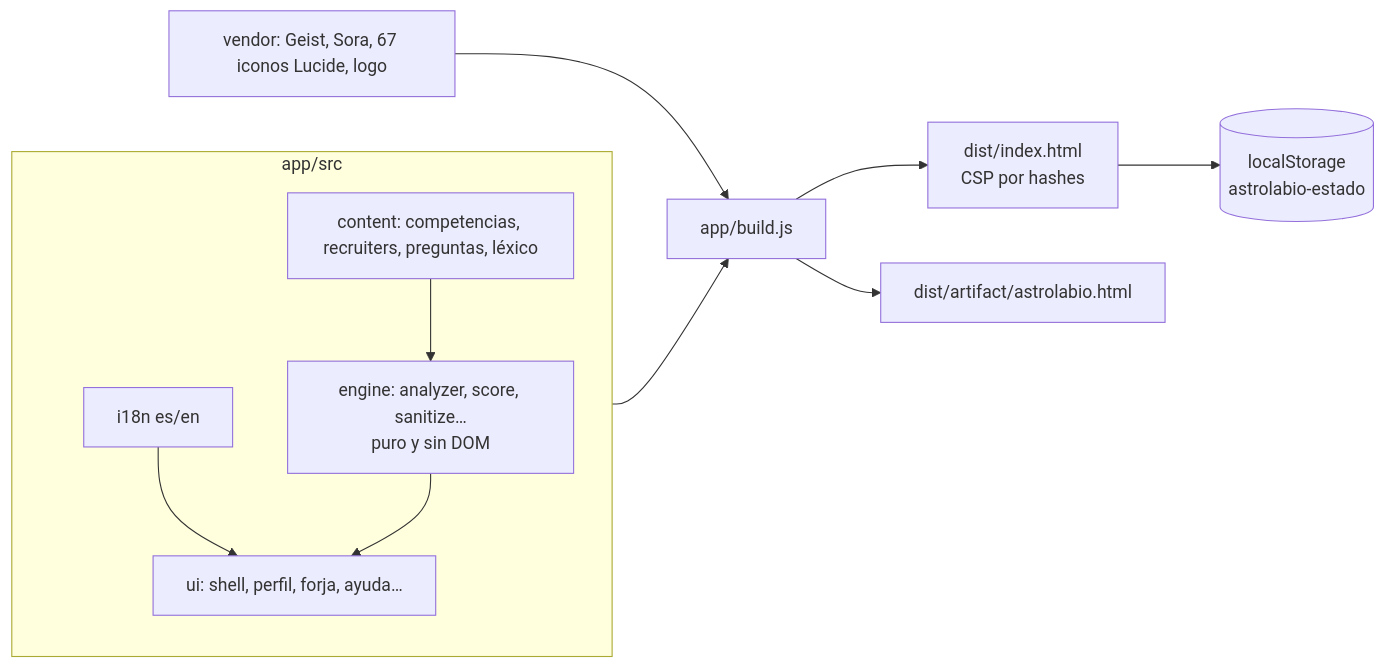
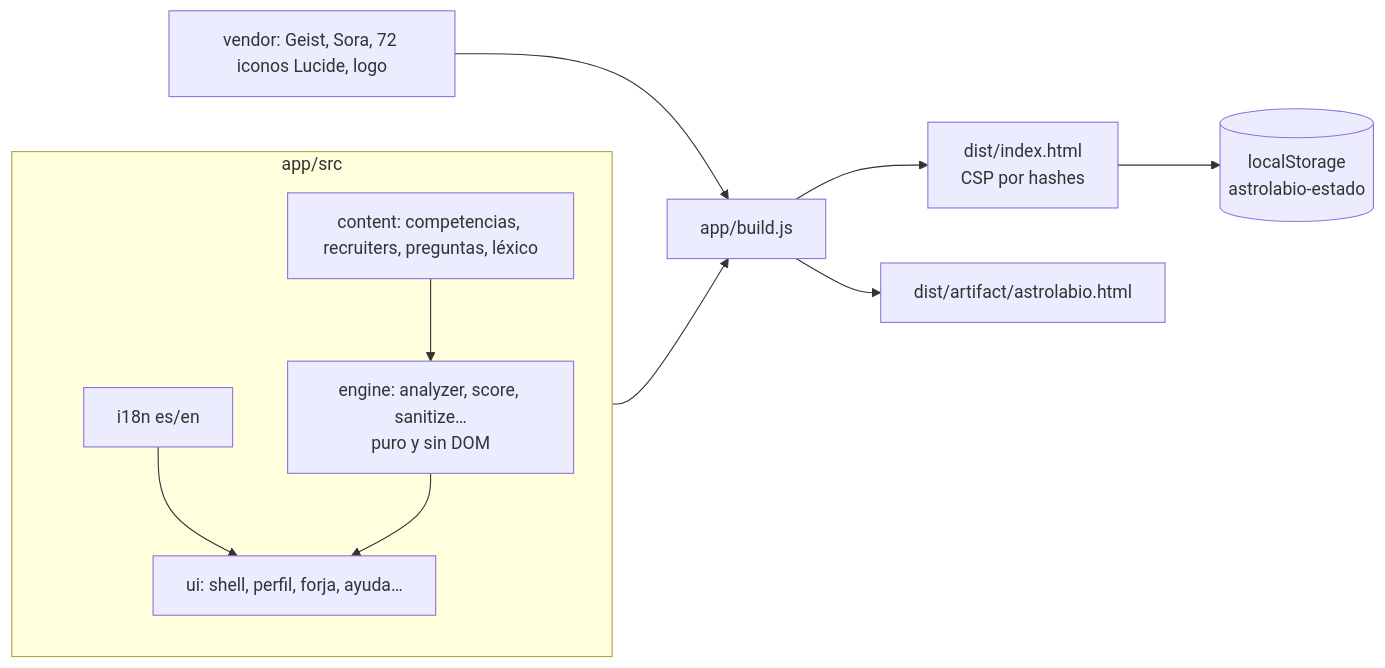
The fourth of 4 diagrams in README.md (heindall92/astrolabio), drawn with Mermaid before and after one commit. The commit also changed other lines of this file and 33 other files, not shown here.

````diff
--- a/README.md
+++ b/README.md
@@ -148,13 +149,13 @@
 ```mermaid
 flowchart LR
   subgraph src[app/src]
     I18N[i18n es/en] --> UI
     CONT[content: competencias, recruiters, preguntas, léxico] --> ENG
     ENG[engine: analyzer, score, sanitize…<br/>puro y sin DOM] --> UI[ui: shell, perfil, forja, ayuda…]
   end
-  V[vendor: Geist, Sora, 67 iconos Lucide, logo] --> B
+  V[vendor: Geist, Sora, 72 iconos Lucide, logo] --> B
   src --> B[app/build.js]
   B --> D[dist/index.html<br/>CSP por hashes]
   B --> A[dist/artifact/astrolabio.html]
   D --> LS[(localStorage<br/>astrolabio-estado)]
 ```
````
